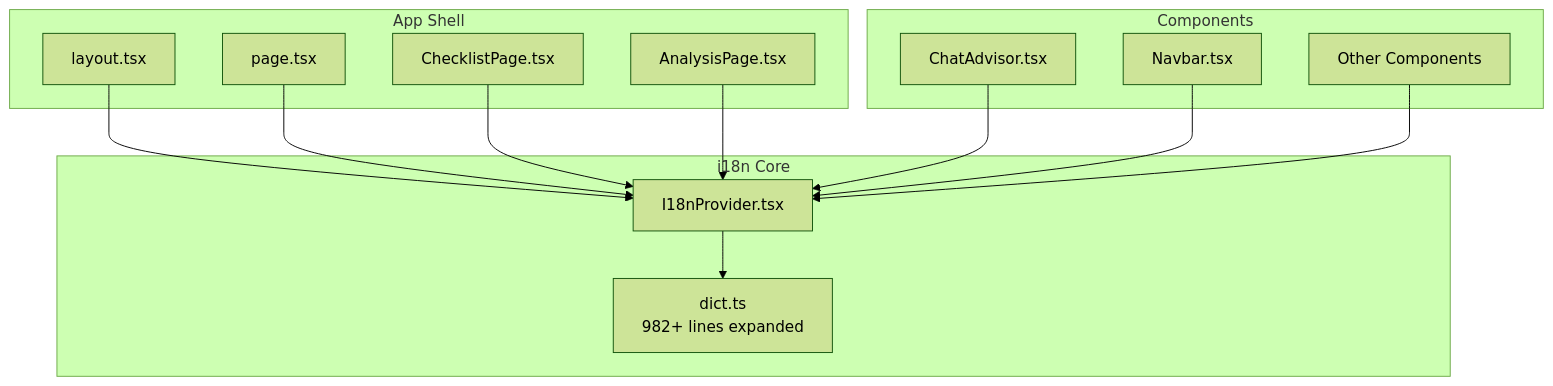
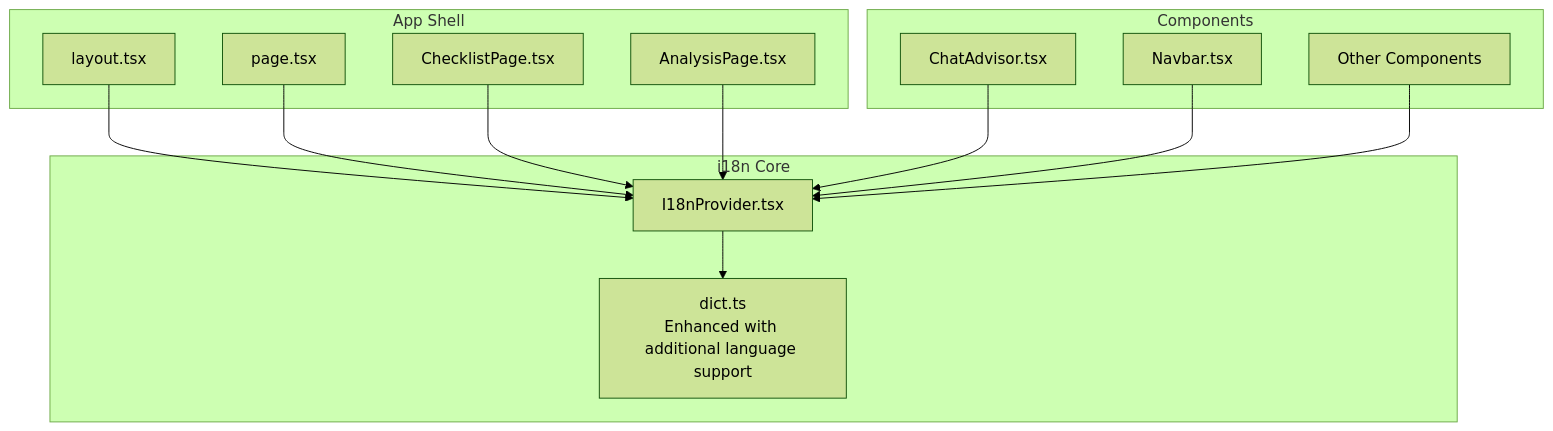
One commit to alibaba-hackathon-fsi/frontend-vaya changed the first of 7 diagrams in .qoder/repowiki/en/content/Internationalization.md. Above: the diagram before and after it, drawn with Mermaid (forest theme). The commit also changed other lines of this file and 4 other files, not shown here.

````diff
--- a/.qoder/repowiki/en/content/Internationalization.md
+++ b/.qoder/repowiki/en/content/Internationalization.md
@@ -49,26 +49,26 @@
 ```mermaid
 graph TB
 subgraph "App Shell"
 L["layout.tsx"]
 P["page.tsx"]
 CP["ChecklistPage.tsx"]
 AP["AnalysisPage.tsx"]
 end
 subgraph "i18n Core"
 PVT["I18nProvider.tsx"]
-DICT["dict.ts<br/>982+ lines expanded"]
+DICT["dict.ts<br/>Enhanced with additional language support"]
 end
 subgraph "Components"
 CA["ChatAdvisor.tsx"]
 NAV["Navbar.tsx"]
 OTHER["Other Components"]
 end
 L --> PVT
 P --> PVT
 CP --> PVT
 AP --> PVT
 PVT --> DICT
 CA --> PVT
 NAV --> PVT
 OTHER --> PVT
 ```
````
